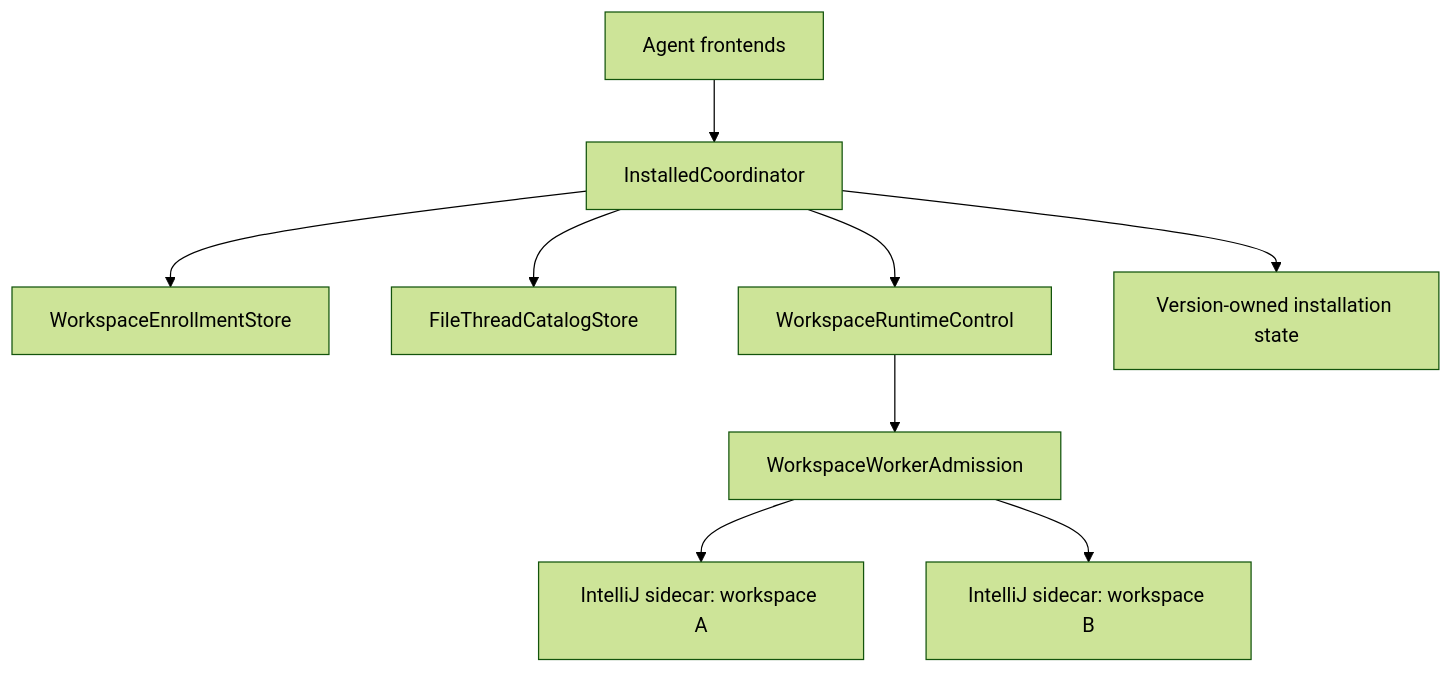
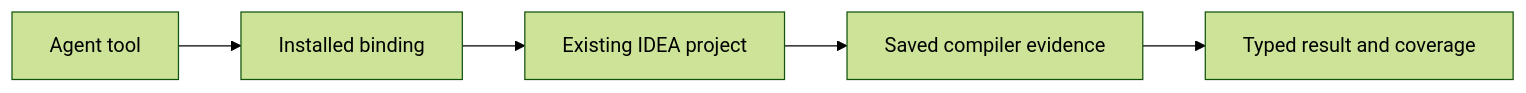
The diagram in docs/public/concepts/runtime-integration-validation.mdx (amichne/kast), drawn with Mermaid (forest theme) before and after one commit. The commit also changed other lines of this file and 22 other files, not shown here.

````diff
--- a/docs/public/concepts/runtime-integration-validation.mdx
+++ b/docs/public/concepts/runtime-integration-validation.mdx
@@ -70,11 +37,7 @@
 ```mermaid
-flowchart TD
-  F[Agent frontends] --> C[InstalledCoordinator]
-  C --> R[WorkspaceEnrollmentStore]
-  C --> T[FileThreadCatalogStore]
-  C --> W[WorkspaceRuntimeControl]
-  W --> A[WorkspaceWorkerAdmission]
-  A --> S1[IntelliJ sidecar: workspace A]
-  A --> S2[IntelliJ sidecar: workspace B]
-  C --> I[Version-owned installation state]
+flowchart LR
+  A[Agent tool] --> B[Installed binding]
+  B --> C[Existing IDEA project]
+  C --> D[Saved compiler evidence]
+  D --> E[Typed result and coverage]
 ```
````
